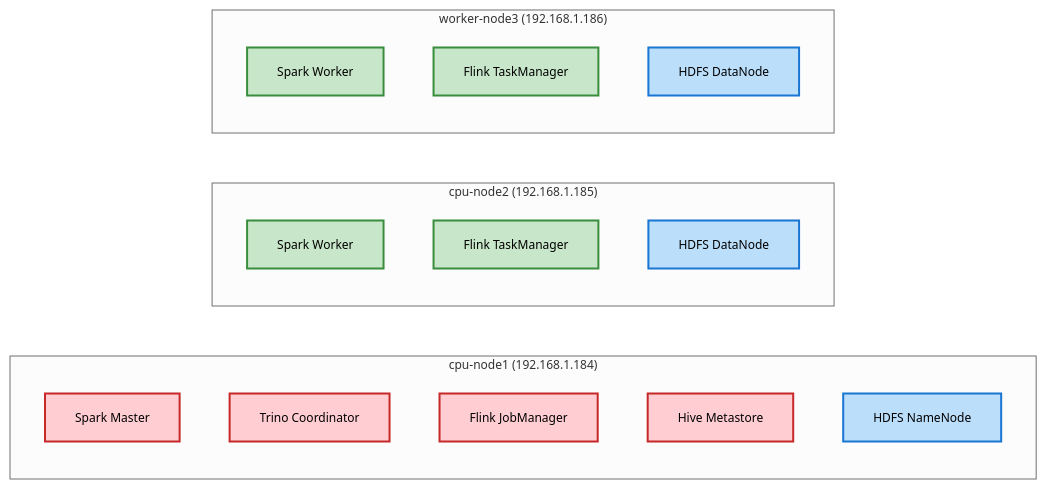
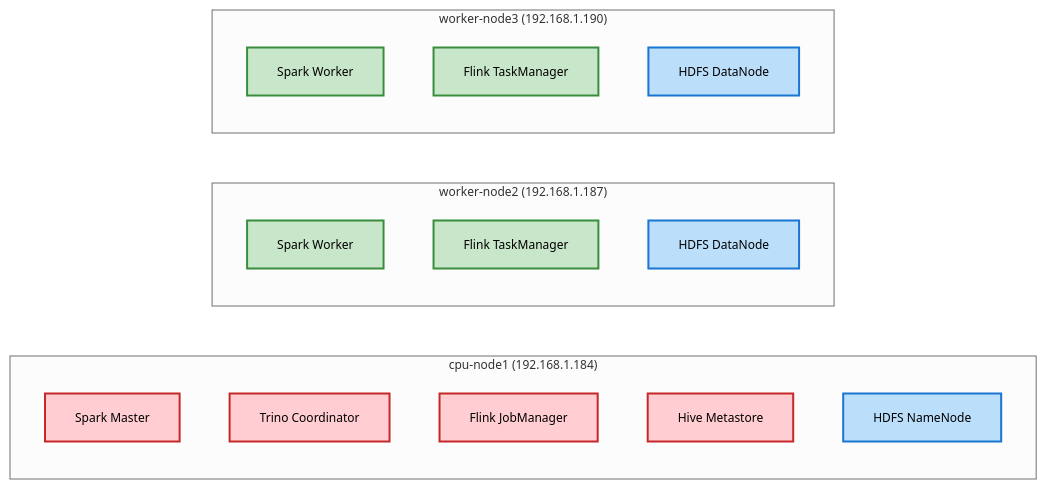
The second of 7 diagrams in setup_guide/09_deltalake_distributed_comprehensive.md (pavelkushtia/DataEngineering), drawn with Mermaid before and after one commit. The commit also changed other lines of this file and 1 other file, not shown here.

````diff
--- a/setup_guide/09_deltalake_distributed_comprehensive.md
+++ b/setup_guide/09_deltalake_distributed_comprehensive.md
@@ -75,31 +75,31 @@
 ```mermaid
 %%{init: {'theme': 'neutral', 'themeVariables': {'fontSize': '12px'}, 'flowchart': {'htmlLabels': true}}}%%
 graph LR
     subgraph "cpu-node1 (192.168.1.184)"
         S1[Spark Master]
         T1[Trino Coordinator]
         F1[Flink JobManager]
         H1[Hive Metastore]
         HD1[HDFS NameNode]
     end
     
-    subgraph "cpu-node2 (192.168.1.185)"
+    subgraph "worker-node2 (192.168.1.187)"
         S2[Spark Worker]
         F2[Flink TaskManager]
         HD2[HDFS DataNode]
     end
     
-    subgraph "worker-node3 (192.168.1.186)"
+    subgraph "worker-node3 (192.168.1.190)"
         S3[Spark Worker]
         F3[Flink TaskManager]
         HD3[HDFS DataNode]
     end
 
     classDef master fill:#ffcdd2,stroke:#c62828,stroke-width:2px
     classDef worker fill:#c8e6c9,stroke:#388e3c,stroke-width:2px
     classDef storage fill:#bbdefb,stroke:#1976d2,stroke-width:2px
     
     class S1,T1,F1,H1 master
     class S2,S3,F2,F3 worker
     class HD1,HD2,HD3 storage
 ```
````
